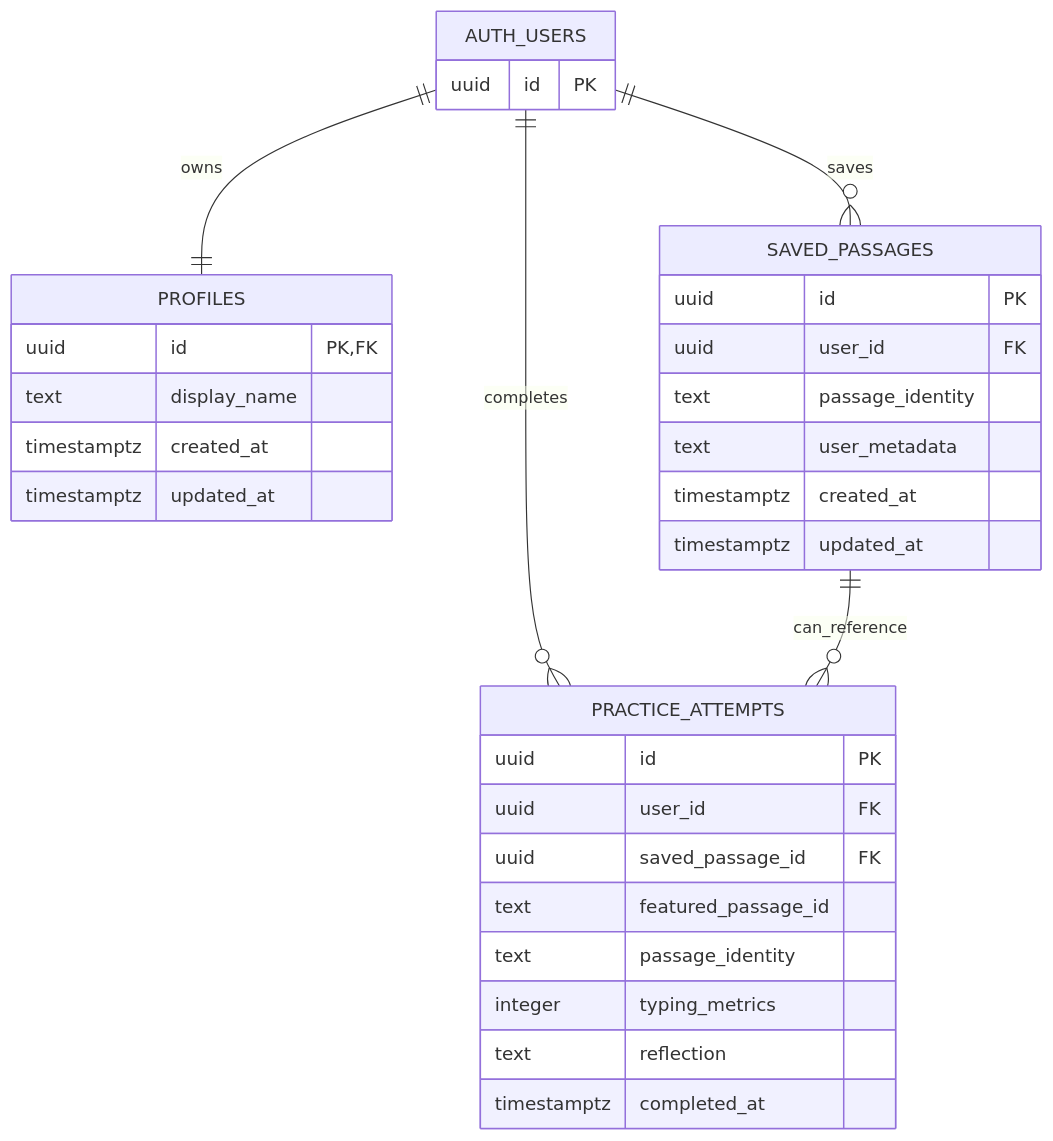
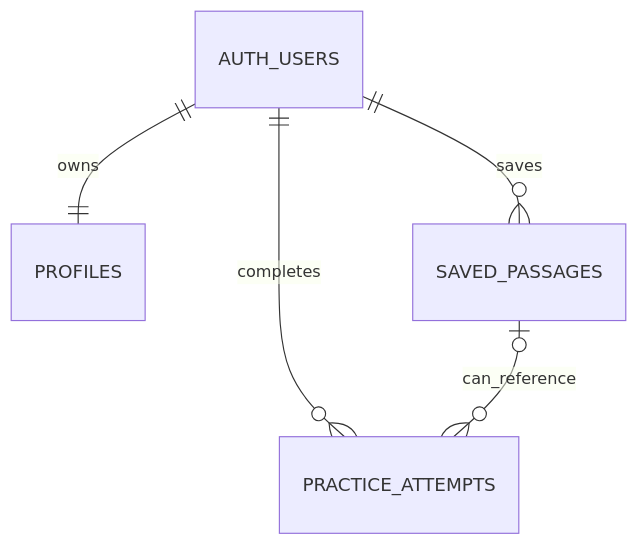
The second of 4 diagrams in docs/data-and-security.md (eirikenriquez/The-Word-per-Minute), drawn with Mermaid before and after one commit. The commit also changed other lines of this file, not shown here.

````diff
--- a/docs/data-and-security.md
+++ b/docs/data-and-security.md
@@ -72,38 +89,7 @@
 ```mermaid
 erDiagram
   AUTH_USERS ||--|| PROFILES : owns
   AUTH_USERS ||--o{ SAVED_PASSAGES : saves
   AUTH_USERS ||--o{ PRACTICE_ATTEMPTS : completes
-  SAVED_PASSAGES ||--o{ PRACTICE_ATTEMPTS : can_reference
-
-  AUTH_USERS {
-    uuid id PK
-  }
-
-  PROFILES {
-    uuid id PK, FK
-    text display_name
-    timestamptz created_at
-    timestamptz updated_at
-  }
-
-  SAVED_PASSAGES {
-    uuid id PK
-    uuid user_id FK
-    text passage_identity
-    text user_metadata
-    timestamptz created_at
-    timestamptz updated_at
-  }
-
-  PRACTICE_ATTEMPTS {
-    uuid id PK
-    uuid user_id FK
-    uuid saved_passage_id FK
-    text featured_passage_id
-    text passage_identity
-    integer typing_metrics
-    text reflection
-    timestamptz completed_at
-  }
+  SAVED_PASSAGES o|--o{ PRACTICE_ATTEMPTS : can_reference
 ```
````
